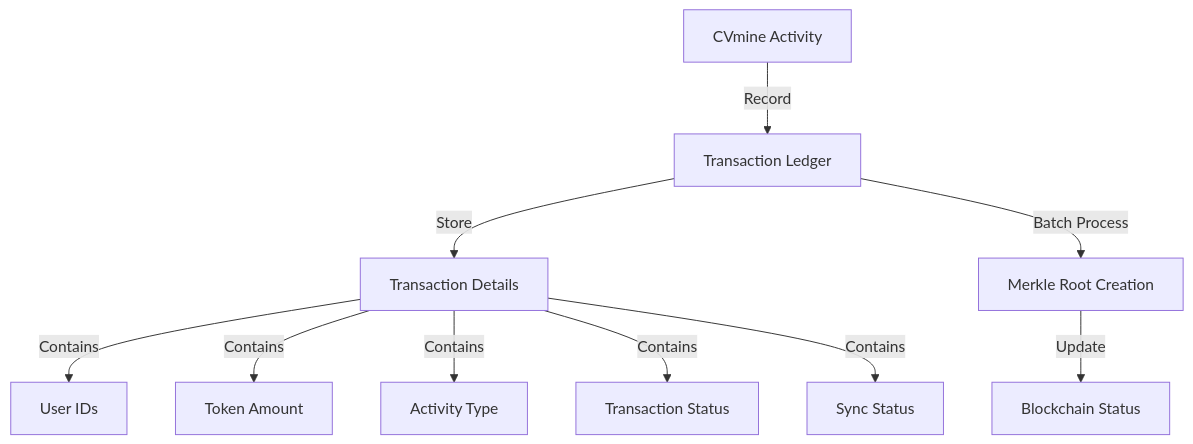
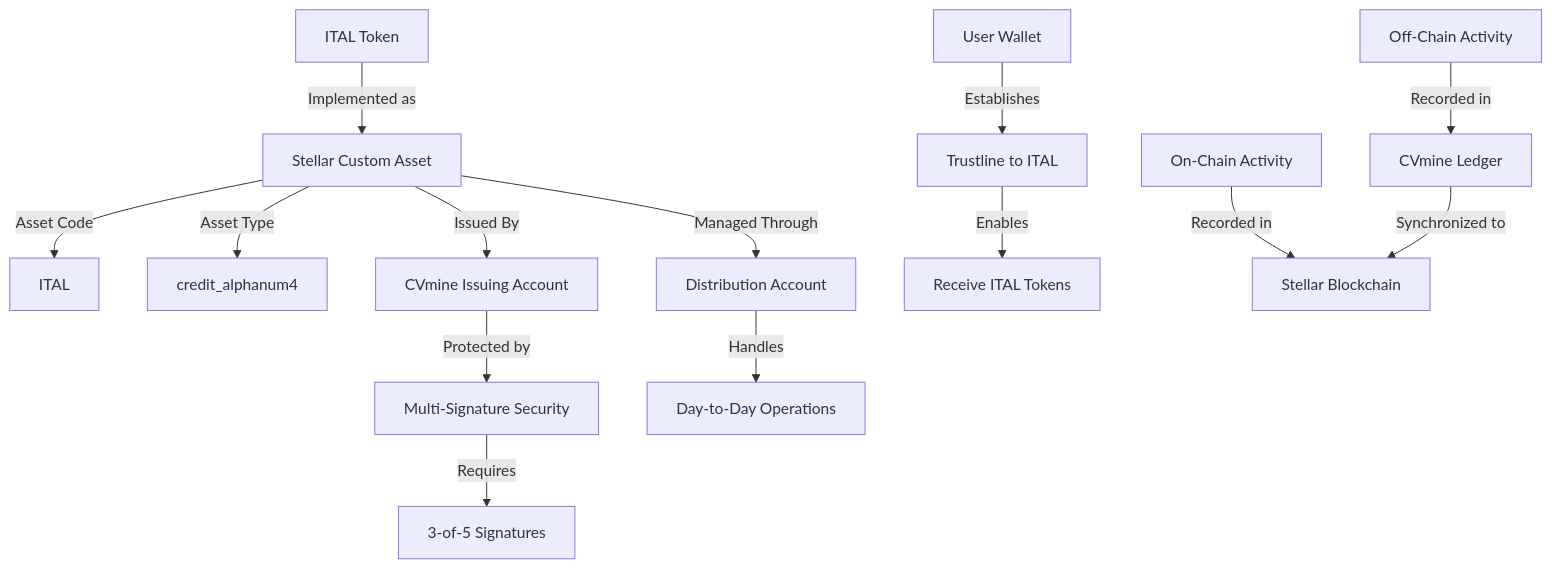
The seventh of 16 diagrams in whitepaper.md (karthikhosur/italtoken), drawn with Mermaid before and after one commit. The commit also changed other lines of this file, not shown here.

````diff
--- a/whitepaper.md
+++ b/whitepaper.md
@@ -393,12 +291,20 @@
 ```mermaid
 graph TD
-    A[CVmine Activity] -->|Record| B[Transaction Ledger]
-    B -->|Store| C[Transaction Details]
-    C -->|Contains| D[User IDs]
-    C -->|Contains| E[Token Amount]
-    C -->|Contains| F[Activity Type]
-    C -->|Contains| G[Transaction Status]
-    C -->|Contains| H[Sync Status]
-    B -->|Batch Process| I[Merkle Root Creation]
-    I -->|Update| J[Blockchain Status]
+    A[ITAL Token] -->|Implemented as| B[Stellar Custom Asset]
+    B -->|Asset Code| C[ITAL]
+    B -->|Asset Type| D[credit_alphanum4]
+    B -->|Issued By| E[CVmine Issuing Account]
+    
+    E -->|Protected by| F[Multi-Signature Security]
+    F -->|Requires| G[3-of-5 Signatures]
+    
+    B -->|Managed Through| H[Distribution Account]
+    H -->|Handles| I[Day-to-Day Operations]
+    
+    J[User Wallet] -->|Establishes| K[Trustline to ITAL]
+    K -->|Enables| L[Receive ITAL Tokens]
+    
+    M[On-Chain Activity] -->|Recorded in| N[Stellar Blockchain]
+    O[Off-Chain Activity] -->|Recorded in| P[CVmine Ledger]
+    P -->|Synchronized to| N
 ```
````
